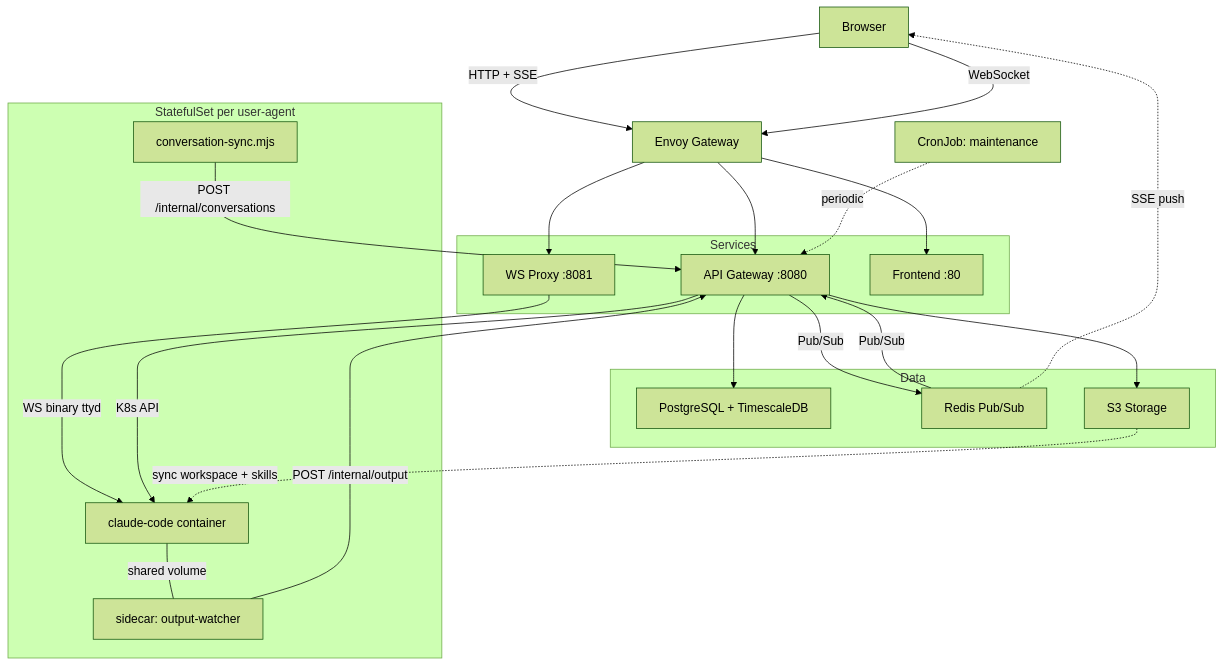
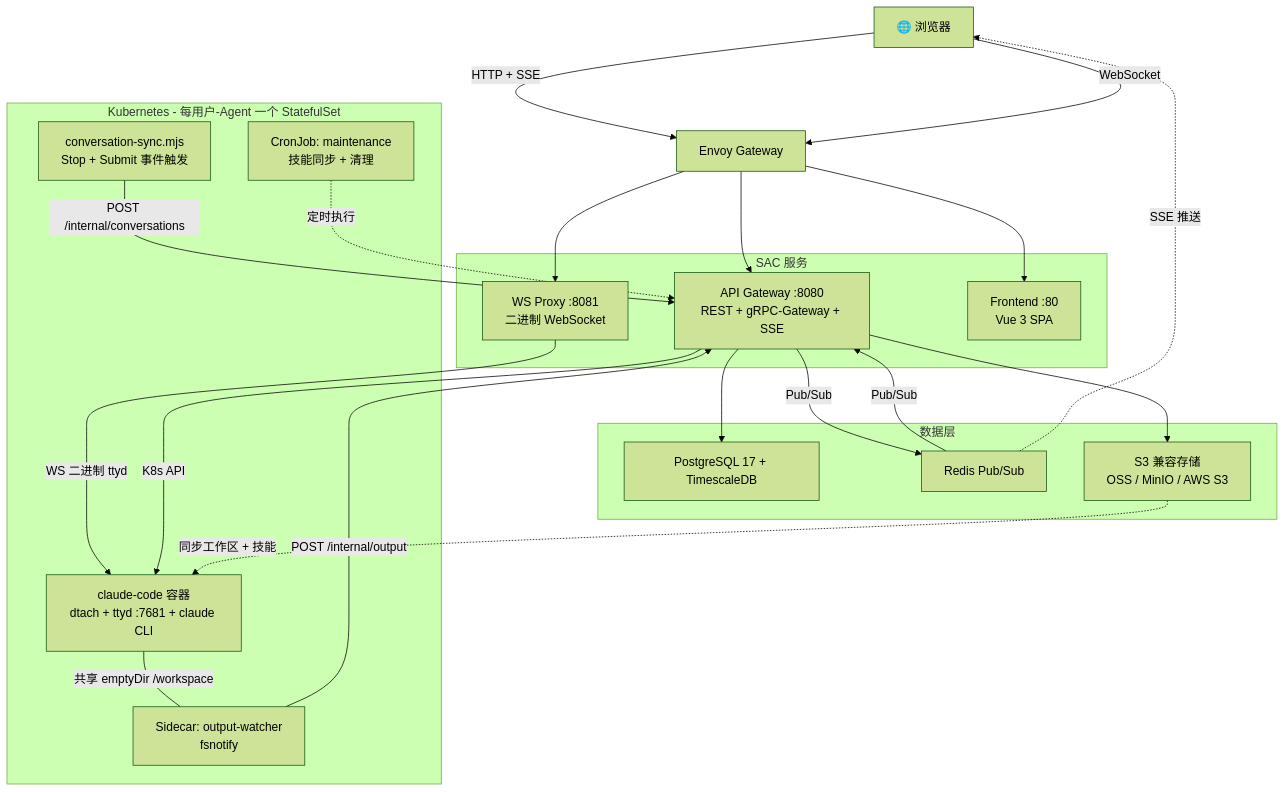
Before and after one commit to aireet/sac: the first of 2 diagrams in docs/i18n/README.zh.md, drawn with Mermaid (forest theme). The commit also changed other lines of this file and 1 other file, not shown here.

Commit message:
docs: restore diagram detail while keeping mermaid 9.1.3 compat
Bring back br tags, quoted labels, emoji, and descriptive text in
nodes and edges. Still avoids nested subgraphs and bidirectional
arrows that break on GitLab mermaid 9.1.3.

````diff
--- a/docs/i18n/README.zh.md
+++ b/docs/i18n/README.zh.md
@@ -28,47 +28,45 @@
 ```mermaid
 graph TB
-    Browser[Browser]
+    Browser["🌐 浏览器"]
+    GW["Envoy Gateway"]
 
-    GW[Envoy Gateway]
-
-    subgraph Services
-        API[API Gateway :8080]
-        WS[WS Proxy :8081]
-        FE[Frontend :80]
+    subgraph Services["SAC 服务"]
+        API["API Gateway :8080<br/>REST + gRPC-Gateway + SSE"]
+        WS["WS Proxy :8081<br/>二进制 WebSocket"]
+        FE["Frontend :80<br/>Vue 3 SPA"]
     end
 
-    subgraph Data
-        PG[PostgreSQL + TimescaleDB]
-        Redis[Redis Pub/Sub]
-        S3[S3 Storage]
+    subgraph Data["数据层"]
+        PG["PostgreSQL 17 + TimescaleDB"]
+        Redis["Redis Pub/Sub"]
+        S3["S3 兼容存储<br/>OSS / MinIO / AWS S3"]
     end
 
-    subgraph AgentPod[StatefulSet per user-agent]
-        Main[claude-code container]
-        Sidecar[sidecar: output-watcher]
-        Hook[conversation-sync.mjs]
+    subgraph AgentPod["Kubernetes - 每用户-Agent 一个 StatefulSet"]
+        Main["claude-code 容器<br/>dtach + ttyd :7681 + claude CLI"]
+        Sidecar["Sidecar: output-watcher<br/>fsnotify"]
+        Hook["conversation-sync.mjs<br/>Stop + Submit 事件触发"]
+        Cron["CronJob: maintenance<br/>技能同步 + 清理"]
     end
 
-    Cron[CronJob: maintenance]
-
-    Browser -->|HTTP + SSE| GW
-    Browser -->|WebSocket| GW
+    Browser -->|"HTTP + SSE"| GW
+    Browser -->|"WebSocket"| GW
     GW --> FE
     GW --> API
     GW --> WS
 
-    WS -->|WS binary ttyd| Main
-    API -->|K8s API| Main
+    WS -->|"WS 二进制 ttyd"| Main
+    API -->|"K8s API"| Main
     API --> PG
     API --> S3
-    API -->|Pub/Sub| Redis
-    Redis -->|Pub/Sub| API
+    API -->|"Pub/Sub"| Redis
+    Redis -->|"Pub/Sub"| API
 
-    Sidecar -->|POST /internal/output| API
-    Hook -->|POST /internal/conversations| API
-    Main ---|shared volume| Sidecar
+    Sidecar -->|"POST /internal/output"| API
+    Hook -->|"POST /internal/conversations"| API
+    Main ---|"共享 emptyDir /workspace"| Sidecar
 
-    S3 -.->|sync workspace + skills| Main
-    Redis -.->|SSE push| Browser
-    Cron -.->|periodic| API
+    S3 -.->|"同步工作区 + 技能"| Main
+    Redis -.->|"SSE 推送"| Browser
+    Cron -.->|"定时执行"| API
 ```
````
